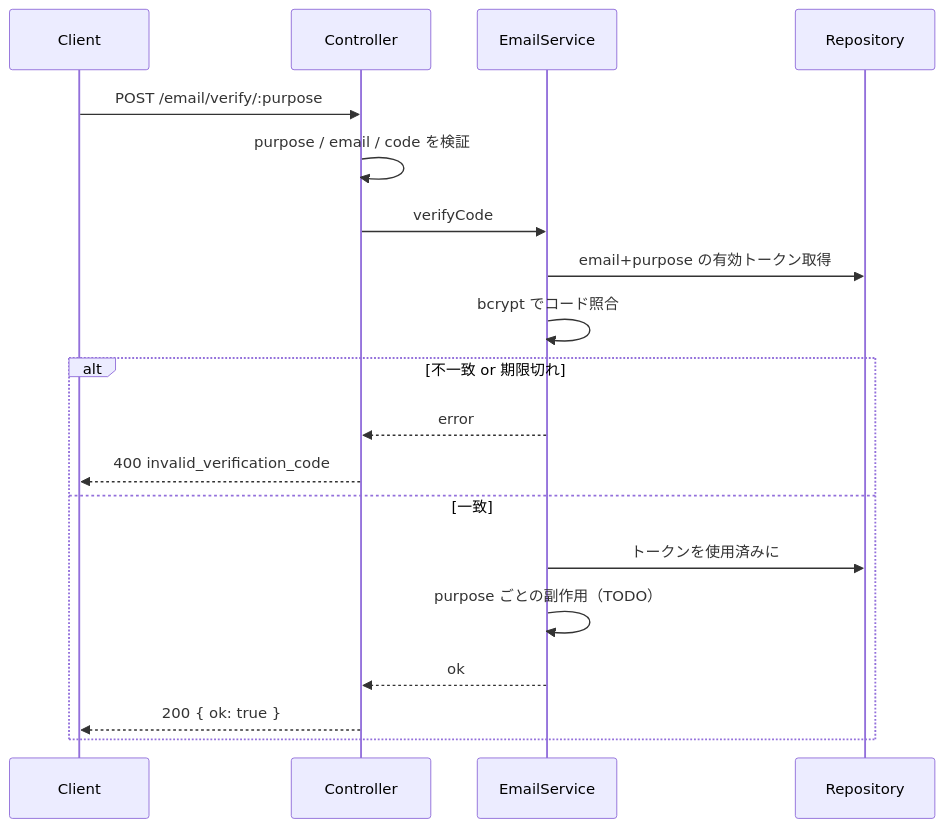
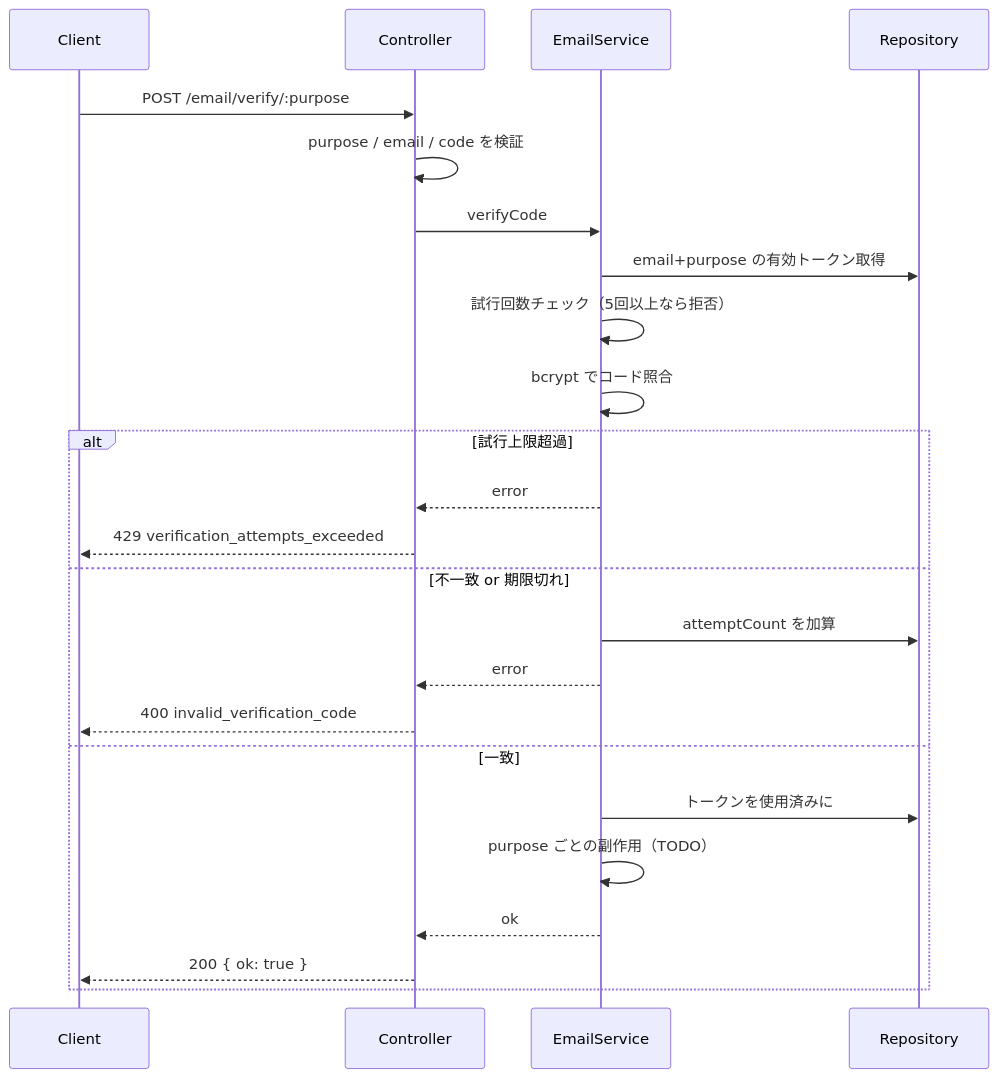
One commit to ukyo1114/waka-script changed the second of 2 diagrams in packages/backend/docs/email.md. Above: the diagram before and after it, drawn with Mermaid. The commit also changed other lines of this file and 12 other files, not shown here.

````diff
--- a/packages/backend/docs/email.md
+++ b/packages/backend/docs/email.md
@@ -87,22 +87,27 @@
 ```mermaid
 sequenceDiagram
   participant C as Client
   participant Ctrl as Controller
   participant Svc as EmailService
   participant Repo as Repository
 
   C->>Ctrl: POST /email/verify/:purpose
   Ctrl->>Ctrl: purpose / email / code を検証
   Ctrl->>Svc: verifyCode
   Svc->>Repo: email+purpose の有効トークン取得
+  Svc->>Svc: 試行回数チェック（5回以上なら拒否）
   Svc->>Svc: bcrypt でコード照合
-  alt 不一致 or 期限切れ
+  alt 試行上限超過
+    Svc-->>Ctrl: error
+    Ctrl-->>C: 429 verification_attempts_exceeded
+  else 不一致 or 期限切れ
+    Svc->>Repo: attemptCount を加算
     Svc-->>Ctrl: error
     Ctrl-->>C: 400 invalid_verification_code
   else 一致
     Svc->>Repo: トークンを使用済みに
     Svc->>Svc: purpose ごとの副作用（TODO）
     Svc-->>Ctrl: ok
     Ctrl-->>C: 200 { ok: true }
   end
 ```
````
